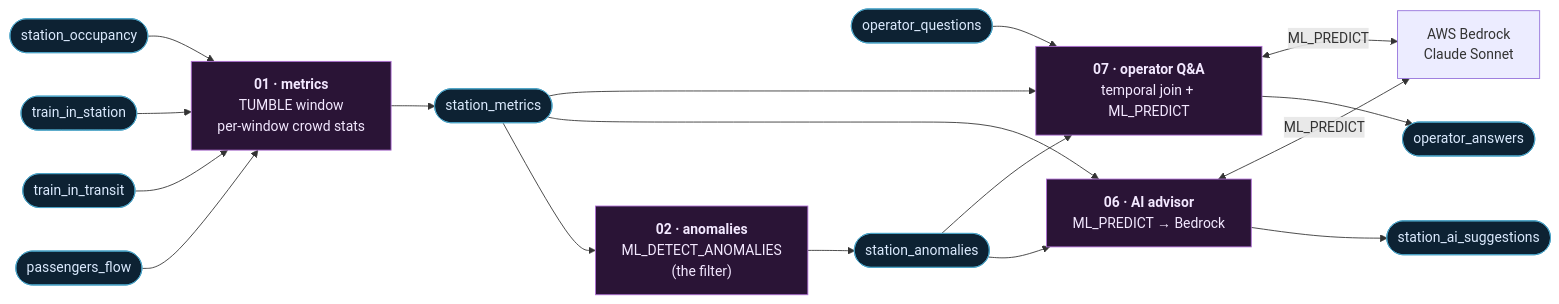
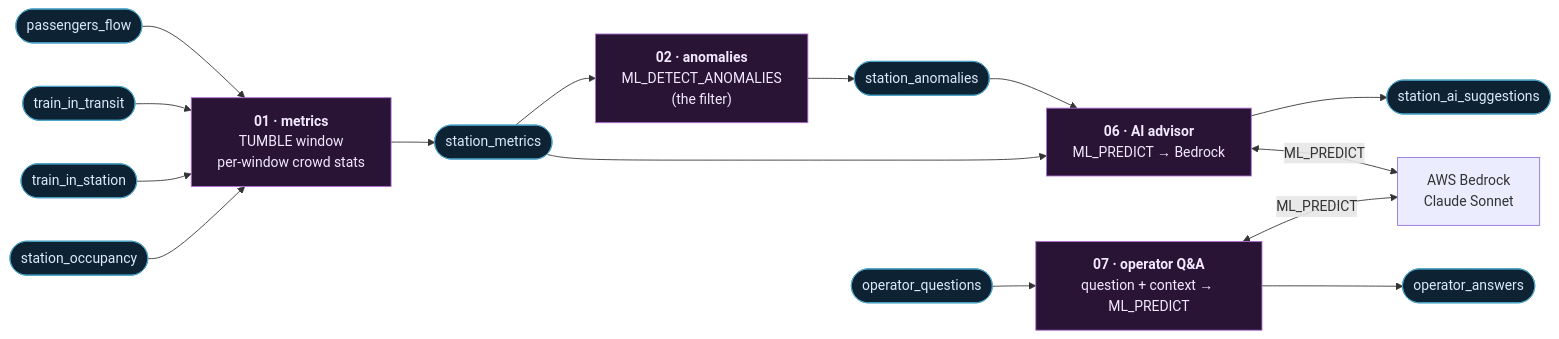
Before and after one commit to ifnesi/cc-ai-tilley-station-demo: the second of 2 diagrams in README.md, drawn with Mermaid. The commit also changed other lines of this file and 9 other files, not shown here.

First line of the commit message:
Fix Ask-AI: backend-enriched context instead of a Flink temporal join

````diff
--- a/README.md
+++ b/README.md
@@ -83,39 +83,37 @@
 ```mermaid
 flowchart LR
   classDef topic fill:#0d2233,stroke:#4aa3c7,color:#dbeafe;
   classDef job fill:#2a1436,stroke:#b06fd6,color:#f3e8ff;
 
   PF(["passengers_flow"]):::topic
   TT(["train_in_transit"]):::topic
   TS(["train_in_station"]):::topic
   SO(["station_occupancy"]):::topic
 
   OQ(["operator_questions"]):::topic
 
   J1["<b>01 · metrics</b><br/>TUMBLE window<br/>per-window crowd stats"]:::job
   J2["<b>02 · anomalies</b><br/>ML_DETECT_ANOMALIES<br/>(the filter)"]:::job
   J6["<b>06 · AI advisor</b><br/>ML_PREDICT → Bedrock"]:::job
-  J7["<b>07 · operator Q&A</b><br/>temporal join + ML_PREDICT"]:::job
+  J7["<b>07 · operator Q&A</b><br/>question + context → ML_PREDICT"]:::job
 
   SM(["station_metrics"]):::topic
   SA(["station_anomalies"]):::topic
   AI(["station_ai_suggestions"]):::topic
   OA(["operator_answers"]):::topic
   BR["AWS Bedrock<br/>Claude Sonnet"]
 
   PF --> J1
   TT --> J1
   TS --> J1
   SO --> J1
   J1 --> SM
   SM --> J2 --> SA
   SA --> J6
   SM --> J6
   J6 --> AI
   J6 <-->|ML_PREDICT| BR
   OQ --> J7
-  SM --> J7
-  SA --> J7
   J7 --> OA
   J7 <-->|ML_PREDICT| BR
 ```
````
